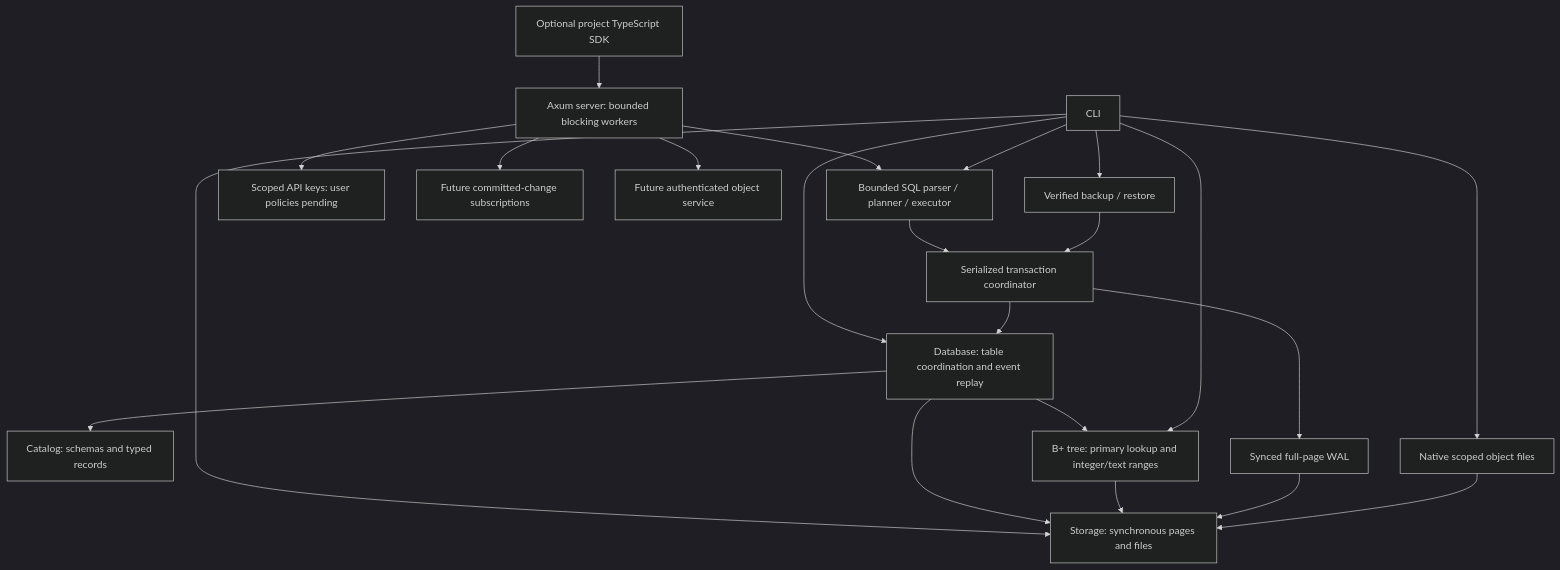
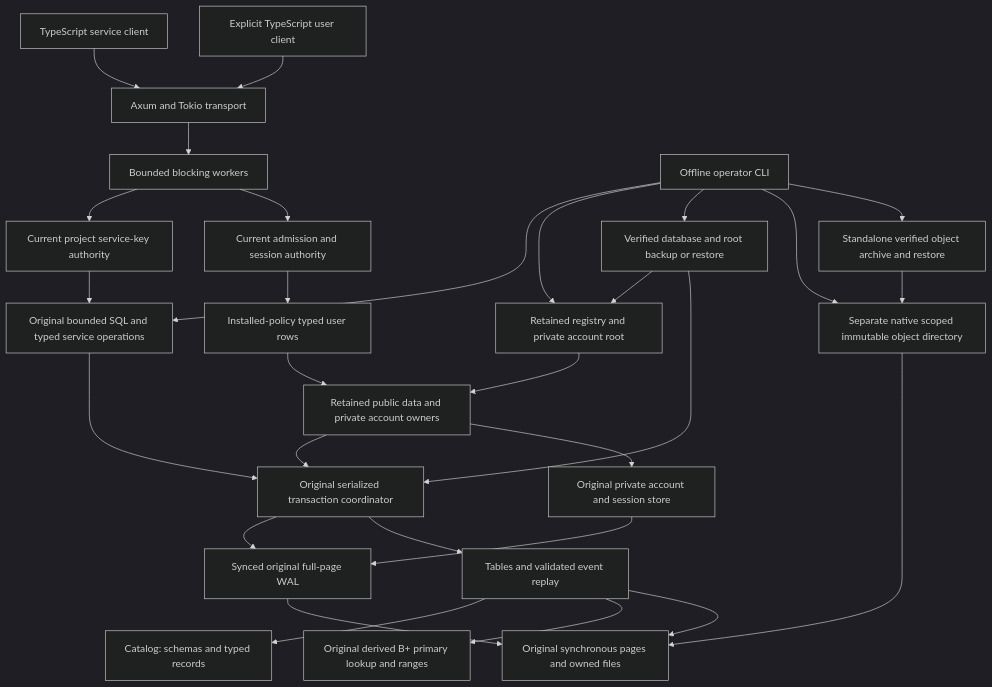
Before and after one commit to vantaeonx/EmilyBase: the diagram in docs/architecture.md, drawn with Mermaid (dark theme). The commit also changed other lines of this file and 5 other files, not shown here.

Commit message:
docs: propose owned account-root file integration boundaries

````diff
--- a/docs/architecture.md
+++ b/docs/architecture.md
@@ -12,24 +12,31 @@
 ```mermaid
 flowchart TD
-  CLI[CLI] --> Storage[Storage: synchronous pages and files]
-  CLI --> Database[Database: table coordination and event replay]
+  ServiceSDK[TypeScript service client] --> HTTP[Axum and Tokio transport]
+  UserSDK[Explicit TypeScript user client] --> HTTP
+  HTTP --> Workers[Bounded blocking workers]
+  Workers --> ServiceGate[Current project service-key authority]
+  Workers --> UserGate[Current admission and session authority]
+  ServiceGate --> Query[Original bounded SQL and typed service operations]
+  UserGate --> UserRows[Installed-policy typed user rows]
+  UserRows --> Owners[Retained public data and private account owners]
+  Owners --> Transactions[Original serialized transaction coordinator]
+  Owners --> Private[Original private account and session store]
+  Query --> Transactions
+  CLI[Offline operator CLI] --> Query
+  Transactions --> WAL[Synced original full-page WAL]
+  Transactions --> Database[Tables and validated event replay]
   Database --> Catalog[Catalog: schemas and typed records]
-  Database --> Storage
-  HTTP[Axum server: bounded blocking workers] --> Query[Bounded SQL parser / planner / executor]
-  SDK[Optional project TypeScript SDK] --> HTTP
-  CLI --> Query
-  Query --> Transactions[Serialized transaction coordinator]
-  Transactions --> WAL[Synced full-page WAL]
-  Transactions --> Database
-  Database --> Index[B+ tree: primary lookup and integer/text ranges]
-  CLI --> Index
-  Index --> Storage
+  Database --> Index[Original derived B+ primary lookup and ranges]
+  Database --> Storage[Original synchronous pages and owned files]
+  Private --> WAL
   WAL --> Storage
-  HTTP --> Auth[Scoped API keys: user policies pending]
-  HTTP --> Realtime[Future committed-change subscriptions]
-  HTTP --> Objects[Future authenticated object service]
-  CLI --> ObjectFiles[Native scoped object files]
+  CLI --> Root[Retained registry and private account root]
+  Root --> Owners
+  CLI --> Backup[Verified database and root backup or restore]
+  Backup --> Root
+  Backup --> Transactions
+  CLI --> ObjectFiles[Separate native scoped immutable object directory]
   ObjectFiles --> Storage
-  CLI --> Backup[Verified backup / restore]
-  Backup --> Transactions
+  CLI --> ObjectArchive[Standalone verified object archive and restore]
+  ObjectArchive --> ObjectFiles
 ```
````
